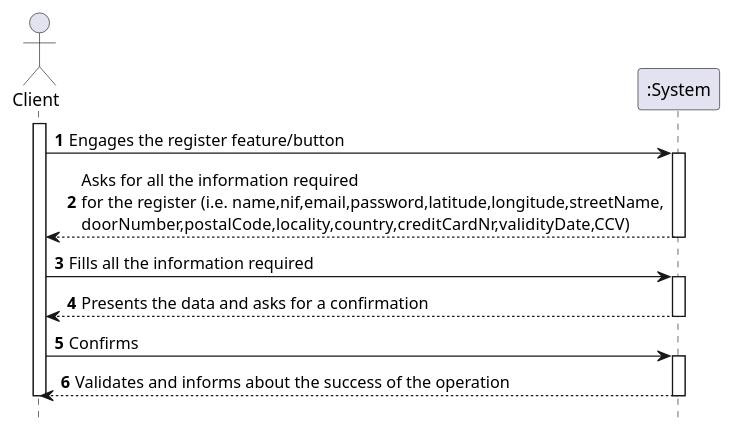
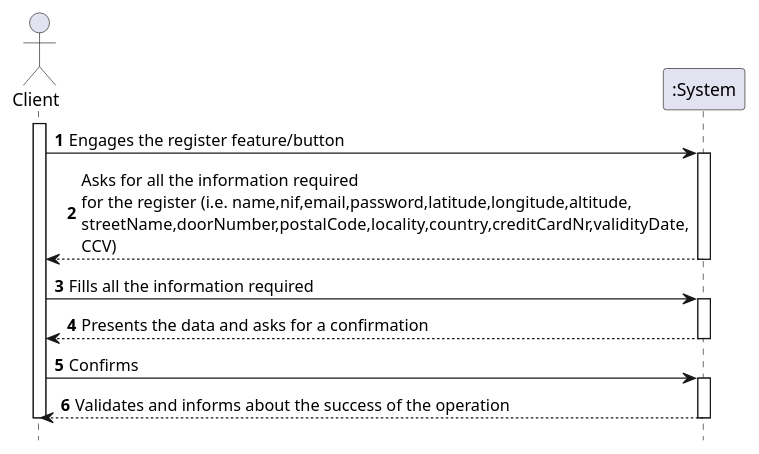
Before and after one commit to tiagoavcosta25/LAPR3: the diagram in docs/Iteration 3/User Management/Refinement/US18_RegisterClient/US18_SSD.puml, drawn with PlantUML. The commit also changed 23 other files, not shown here.

```diff
--- a/docs/Iteration 3/User Management/Refinement/US18_RegisterClient/US18_SSD.puml
+++ b/docs/Iteration 3/User Management/Refinement/US18_RegisterClient/US18_SSD.puml
@@ -1,28 +1,28 @@
 @startuml
 autonumber
 hide footbox
 
 actor "Client" as U
 
 participant ":System" as SYST
 
 activate U
 
 U -> SYST : Engages the register feature/button
 activate SYST
-SYST --> U : Asks for all the information required \nfor the register (i.e. name,nif,email,password,latitude,longitude,streetName,\ndoorNumber,postalCode,locality,country,creditCardNr,validityDate,CCV)
+SYST --> U : Asks for all the information required \nfor the register (i.e. name,nif,email,password,latitude,longitude,altitude,\nstreetName,doorNumber,postalCode,locality,country,creditCardNr,validityDate,\nCCV)
 deactivate SYST
 
 U -> SYST : Fills all the information required
 activate SYST
 SYST --> U : Presents the data and asks for a confirmation
 deactivate SYST
 
 U -> SYST : Confirms
 activate SYST
 SYST --> U : Validates and informs about the success of the operation
 deactivate SYST
 
 deactivate U
 
 @enduml
```
